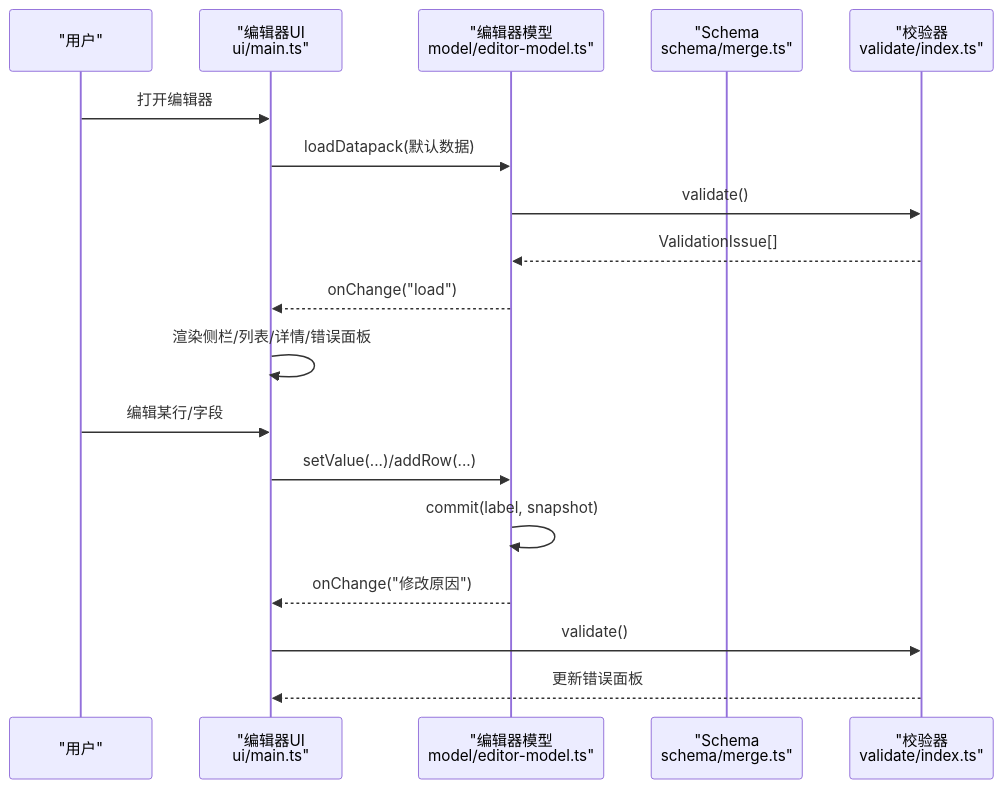
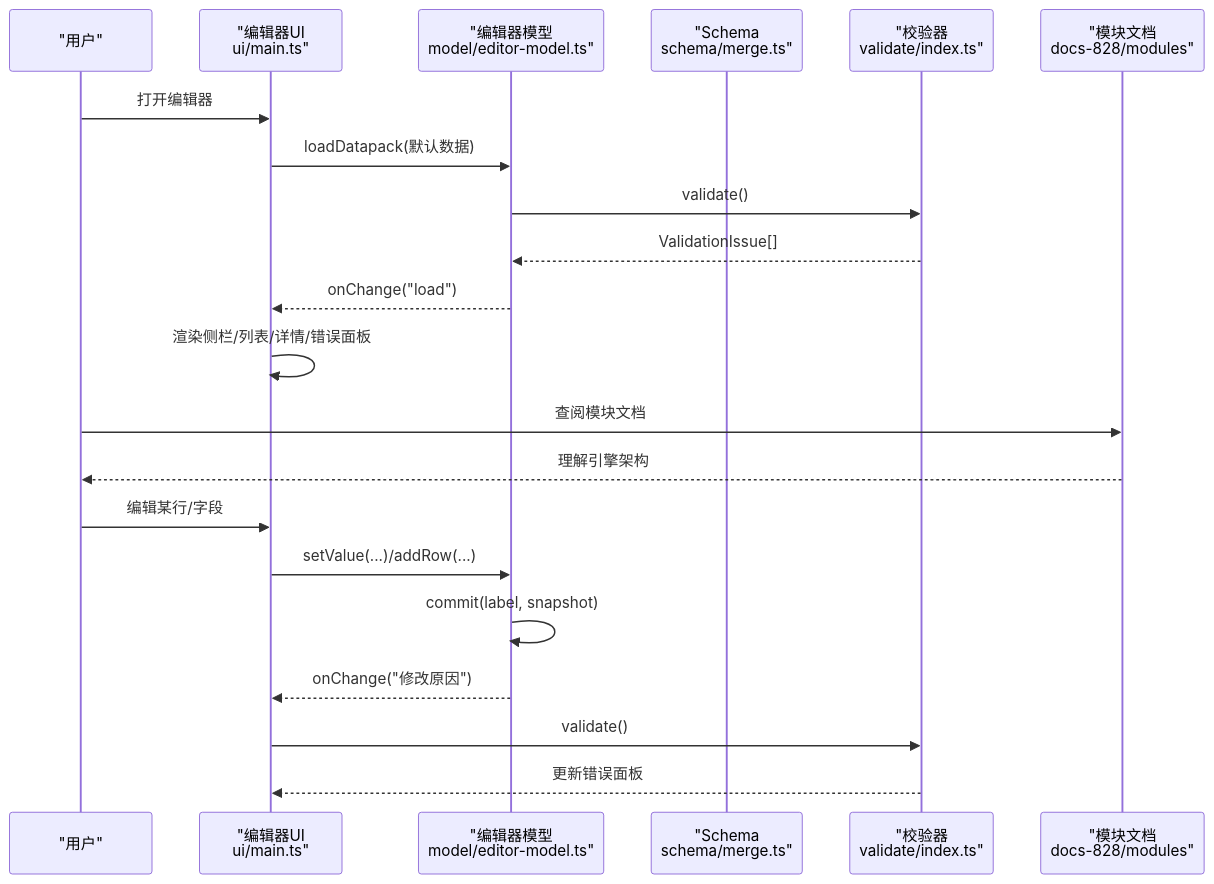
One commit to EsiLA9/Arona-Clicker changed the second of 7 diagrams in .qoder/repowiki/zh/content/开发工具/开发工具.md. Above: the diagram before and after it, drawn with Mermaid. The commit also changed other lines of this file and 45 other files, not shown here.

````diff
--- a/.qoder/repowiki/zh/content/开发工具/开发工具.md
+++ b/.qoder/repowiki/zh/content/开发工具/开发工具.md
@@ -91,20 +115,23 @@
 ```mermaid
 sequenceDiagram
 participant U as "用户"
 participant UI as "编辑器UI<br/>ui/main.ts"
 participant M as "编辑器模型<br/>model/editor-model.ts"
 participant S as "Schema<br/>schema/merge.ts"
 participant V as "校验器<br/>validate/index.ts"
+participant MD as "模块文档<br/>docs-828/modules"
 U->>UI : 打开编辑器
 UI->>M : loadDatapack(默认数据)
 M->>V : validate()
 V-->>M : ValidationIssue[]
 M-->>UI : onChange("load")
 UI->>UI : 渲染侧栏/列表/详情/错误面板
+U->>MD : 查阅模块文档
+MD-->>U : 理解引擎架构
 U->>UI : 编辑某行/字段
 UI->>M : setValue(...)/addRow(...)
 M->>M : commit(label, snapshot)
 M-->>UI : onChange("修改原因")
 UI->>V : validate()
 V-->>UI : 更新错误面板
 ```
````
